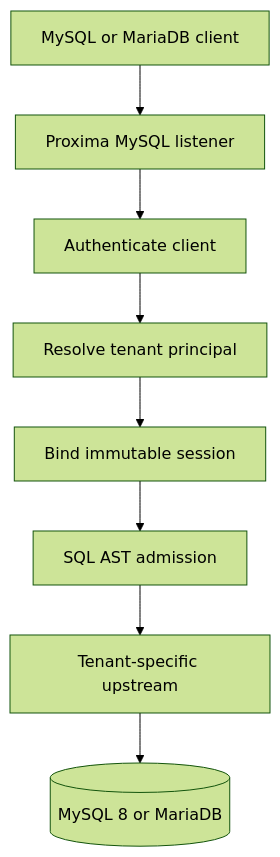
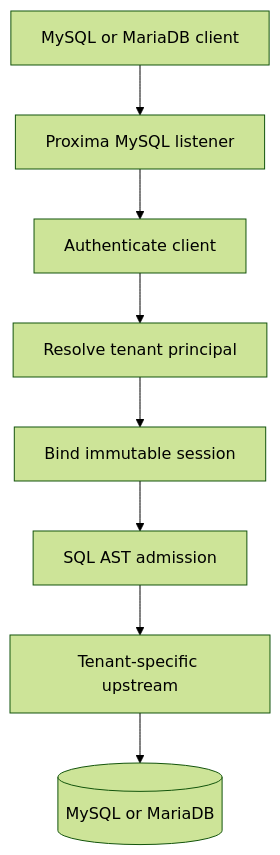
Before and after one commit to Proxima-Engine/proxima-engine: the second of 2 diagrams in README.md, drawn with Mermaid (forest theme). The commit also changed other lines of this file, not shown here.

Commit message:
docs(readme): split MySQL and MariaDB gateway documentation

```diff
--- a/README.md
+++ b/README.md
@@ -119,10 +119,10 @@
 ~~~mermaid
 flowchart TD
   C["MySQL or MariaDB client"] --> L["Proxima MySQL listener"]
   L --> A["Authenticate client"]
   A --> B["Resolve tenant principal"]
   B --> S["Bind immutable session"]
   S --> Q["SQL AST admission"]
   Q --> U["Tenant-specific upstream"]
-  U --> DB[("MySQL 8 or MariaDB")]
+  U --> DB[("MySQL or MariaDB")]
 ~~~
```
